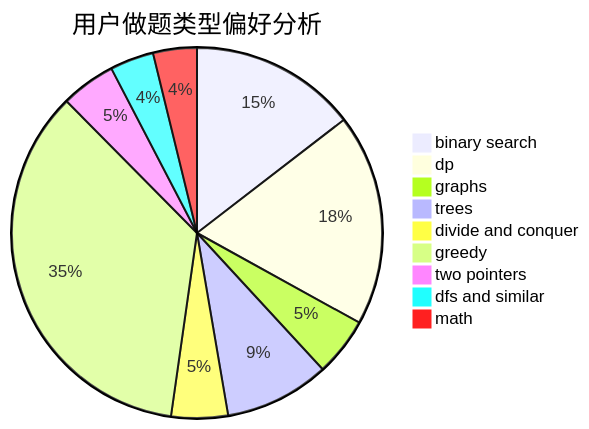
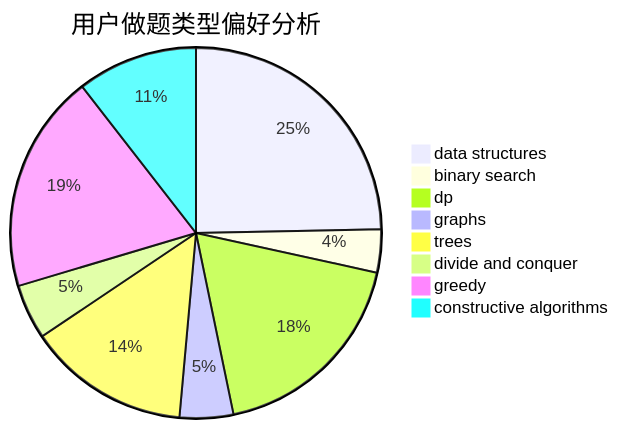
Before and after one commit to sherpahu/cfrs.github.io: the second of 3 diagrams in docs/user/u1021.md, drawn with Mermaid. The commit also changed other lines of this file and 2775 other files, not shown here.

````diff
--- a/docs/user/u1021.md
+++ b/docs/user/u1021.md
@@ -23,12 +23,11 @@
 ```mermaid
 pie title 用户做题类型偏好分析
-    "binary search" :  259
-    "dp" :  329
-    "graphs" :  91
-    "trees" :  163
-    "divide and conquer" :  88
-    "greedy" :  629
-    "two pointers" :  85
-    "dfs and similar" :  68
-    "math" :  68
+    "data structures" :  190
+    "binary search" :  29
+    "dp" :  141
+    "graphs" :  36
+    "trees" :  109
+    "divide and conquer" :  37
+    "greedy" :  147
+    "constructive algorithms" :  81
 ```
````
